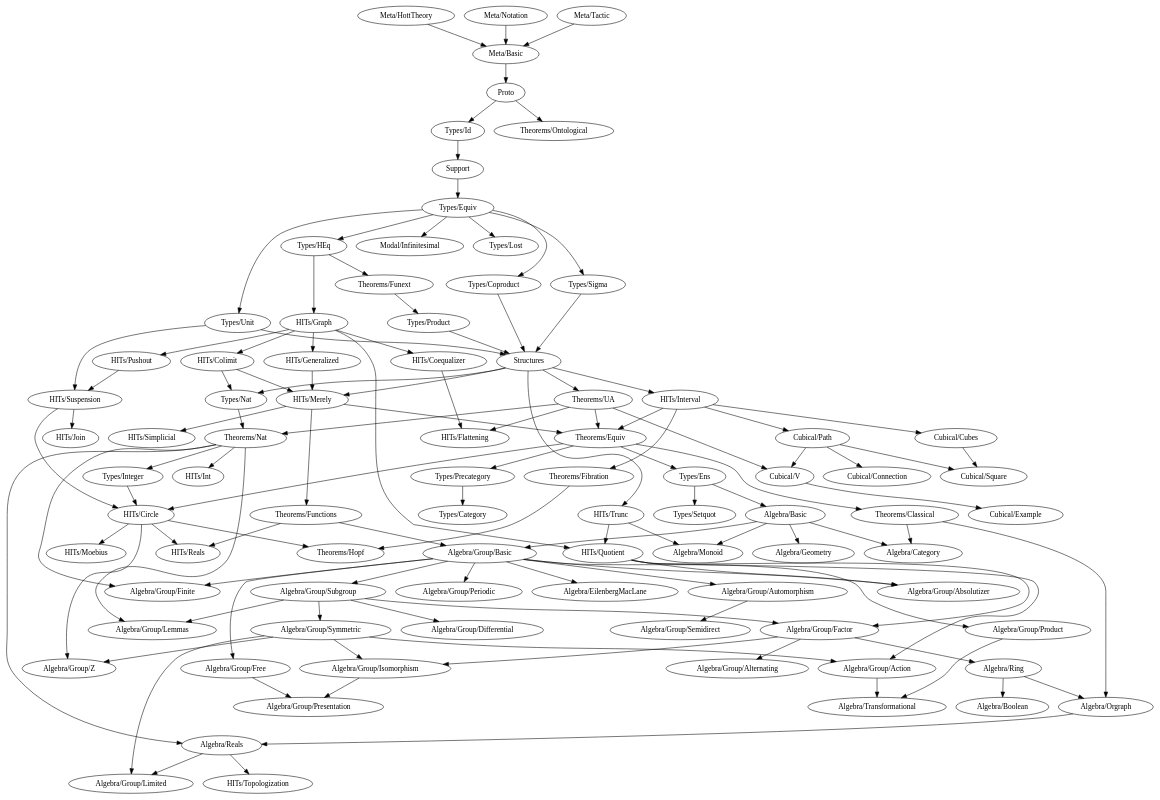
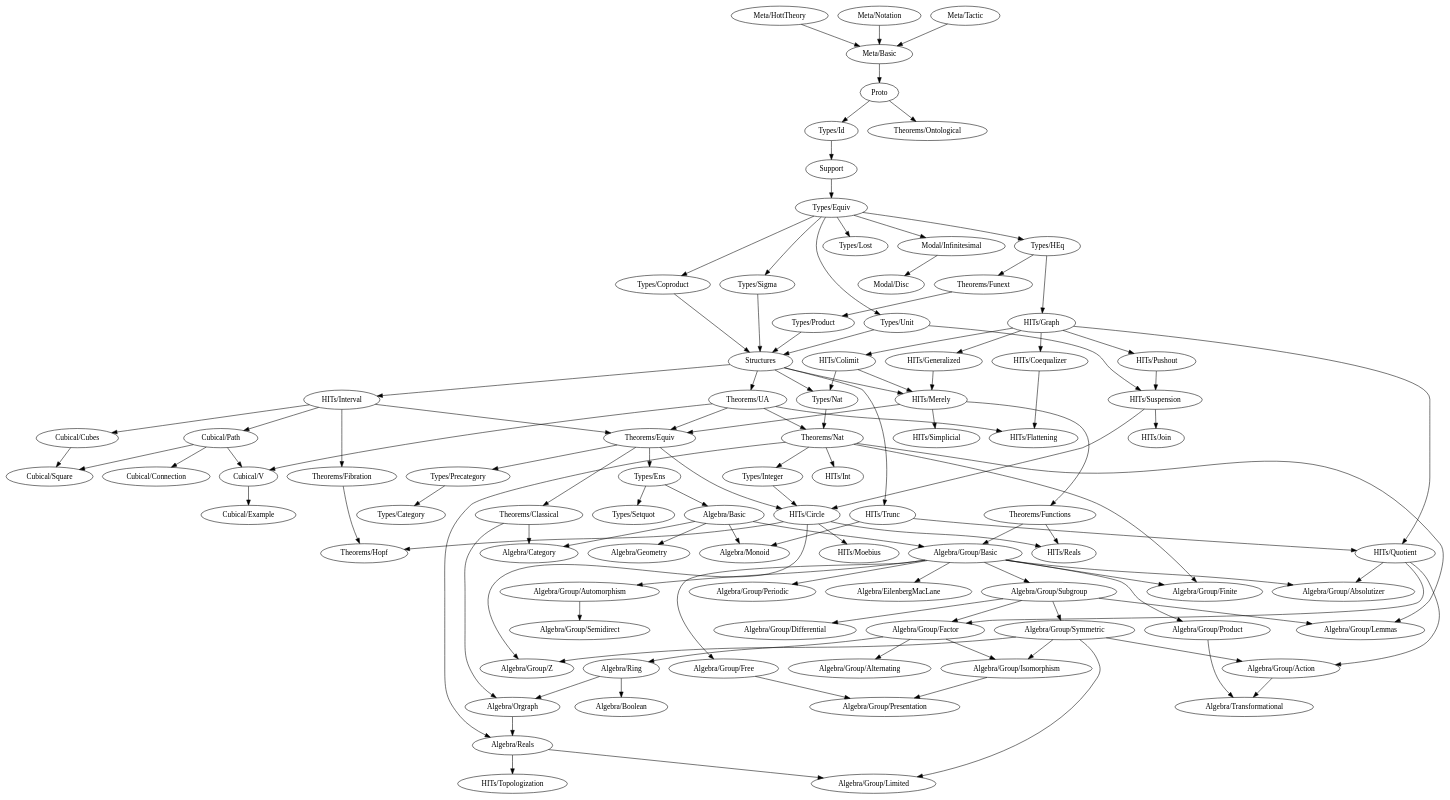
The diagram in dependency-map.gv (forked-from-1kasper/ground_zero), drawn with Graphviz before and after one commit. The commit also changed 2 other files, not shown here.

```diff
--- a/dependency-map.gv
+++ b/dependency-map.gv
@@ -1,198 +1,199 @@
 digraph dependency_map {
   Proto -> { "Types/Id", "Theorems/Ontological"}
   Support -> "Types/Equiv"
   Structures -> {
     "HITs/Interval",
     "HITs/Merely",
     "HITs/Trunc",
     "Types/Nat",
     "Theorems/UA"
   }
 
   subgraph Algebra {
     "Algebra/Basic" -> {
       "Algebra/Category",
       "Algebra/Monoid",
       "Algebra/Geometry",
       "Algebra/Group/Basic"
     }
     "Algebra/Boolean"
     "Algebra/Category"
     "Algebra/EilenbergMacLane"
     "Algebra/Geometry"
     "Algebra/Monoid"
     "Algebra/Orgraph" -> { "Algebra/Reals" }
     "Algebra/Reals" -> { "Algebra/Group/Limited", "HITs/Topologization" }
     "Algebra/Ring" -> { "Algebra/Boolean", "Algebra/Orgraph" }
     "Algebra/Transformational"
   }
 
   subgraph "Algebra/Group" {
     "Algebra/Group/Absolutizer"
     "Algebra/Group/Action" -> "Algebra/Transformational"
     "Algebra/Group/Alternating"
     "Algebra/Group/Automorphism" -> "Algebra/Group/Semidirect"
     "Algebra/Group/Basic" -> {
       "Algebra/EilenbergMacLane",
       "Algebra/Group/Finite",
       "Algebra/Group/Absolutizer",
       "Algebra/Group/Automorphism",
       "Algebra/Group/Free",
       "Algebra/Group/Periodic",
       "Algebra/Group/Product",
       "Algebra/Group/Subgroup"
     }
     "Algebra/Group/Differential"
     "Algebra/Group/Factor" -> {
       "Algebra/Ring",
       "Algebra/Group/Alternating",
       "Algebra/Group/Isomorphism"
     }
     "Algebra/Group/Finite"
     "Algebra/Group/Free" -> "Algebra/Group/Presentation"
     "Algebra/Group/Isomorphism" -> "Algebra/Group/Presentation"
     "Algebra/Group/Lemmas"
     "Algebra/Group/Limited"
     "Algebra/Group/Periodic"
     "Algebra/Group/Presentation"
     "Algebra/Group/Product" -> { "Algebra/Transformational" }
     "Algebra/Group/Semidirect"
     "Algebra/Group/Subgroup" -> {
       "Algebra/Group/Differential",
       "Algebra/Group/Factor",
       "Algebra/Group/Lemmas",
       "Algebra/Group/Symmetric"
     }
     "Algebra/Group/Symmetric" -> {
       "Algebra/Group/Limited",
       "Algebra/Group/Z",
       "Algebra/Group/Action",
       "Algebra/Group/Isomorphism"
     }
     "Algebra/Group/Z"
   }
 
   subgraph Types {
     "Types/Category"
     "Types/Coproduct" -> { Structures }
     "Types/Id" -> { Support }
     "Types/Ens" -> { "Algebra/Basic", "Types/Setquot" }
     "Types/Equiv" -> {
       "Types/HEq",
       "Modal/Infinitesimal",
       "Types/Coproduct",
       "Types/Lost",
       "Types/Unit",
       "Types/Sigma"
     }
     "Types/HEq" -> {
       "HITs/Graph", "Theorems/Funext"
     }
     "Types/Integer" -> "HITs/Circle"
     "Types/Lost"
     "Types/Nat" -> { "Theorems/Nat" }
     "Types/Precategory" -> { "Types/Category" }
     "Types/Product" -> { Structures }
     "Types/Setquot"
     "Types/Sigma" -> { Structures }
     "Types/Unit" -> { Structures, "HITs/Suspension" }
   }
 
   subgraph HITs {
     "HITs/Circle" -> {
       "Algebra/Group/Z",
       "Theorems/Hopf",
       "HITs/Moebius",
       "HITs/Reals"
     }
     "HITs/Coequalizer" -> { "HITs/Flattening" }
     "HITs/Colimit" -> { "HITs/Merely", "Types/Nat" }
     "HITs/Flattening"
     "HITs/Generalized" -> "HITs/Merely"
     "HITs/Graph" -> {
       "HITs/Coequalizer",
       "HITs/Colimit",
       "HITs/Generalized",
       "HITs/Pushout",
       "HITs/Quotient"
     }
     "HITs/Interval" -> {
       "Cubical/Cubes",
       "Cubical/Path",
       "Theorems/Equiv",
       "Theorems/Fibration"
     }
     "HITs/Join"
     "HITs/Merely" -> {
       "Theorems/Equiv",
       "HITs/Simplicial",
       "Theorems/Functions"
     }
     "HITs/Moebius"
     "HITs/Pushout" -> {
       "HITs/Suspension"
     }
     "HITs/Quotient" -> {
       "Algebra/Group/Absolutizer",
       "Algebra/Group/Action",
       "Algebra/Group/Factor"
     }
     "HITs/Reals"
     "HITs/Simplicial"
     "HITs/Suspension" -> { "HITs/Circle", "HITs/Join" }
     "HITs/Topologization"
     "HITs/Trunc" -> { "Algebra/Monoid", "HITs/Quotient" }
   }
 
   subgraph Cubical {
     "Cubical/Connection"
     "Cubical/Cubes" -> "Cubical/Square"
     "Cubical/Example"
     "Cubical/Path" -> {
       "Cubical/Square",
       "Cubical/V",
       "Cubical/Connection"
     }
     "Cubical/Square"
     "Cubical/V" -> { "Cubical/Example" }
   }
 
   subgraph Meta {
     "Meta/Basic" -> Proto
     "Meta/HottTheory" -> "Meta/Basic"
     "Meta/Notation" -> "Meta/Basic"
     "Meta/Tactic" -> "Meta/Basic"
   }
 
   subgraph Modal {
-    "Modal/Infinitesimal"
+    "Modal/Disc"
+    "Modal/Infinitesimal" -> { "Modal/Disc" }
   }
 
   subgraph Theorems {
     "Theorems/Classical" -> { "Algebra/Category", "Algebra/Orgraph" }
     "Theorems/Fibration" -> { "Theorems/Hopf" }
     "Theorems/Functions" -> { "HITs/Reals", "Algebra/Group/Basic" }
     "Theorems/Funext" -> { "Types/Product" }
     "Theorems/Hopf"
     "Theorems/Ontological"
     "Theorems/Nat" -> {
       "Algebra/Group/Finite",
       "Algebra/Reals",
       "HITs/Int",
       "Types/Integer",
       "Algebra/Group/Lemmas"
     }
     "Theorems/Equiv" -> {
       "HITs/Circle",
       "Types/Ens",
       "Types/Precategory",
       "Theorems/Classical"
     }
     "Theorems/UA" -> {
       "HITs/Flattening",
       "Theorems/Nat",
       "Theorems/Equiv",
       "Cubical/V"
     }
   }
 }
```
